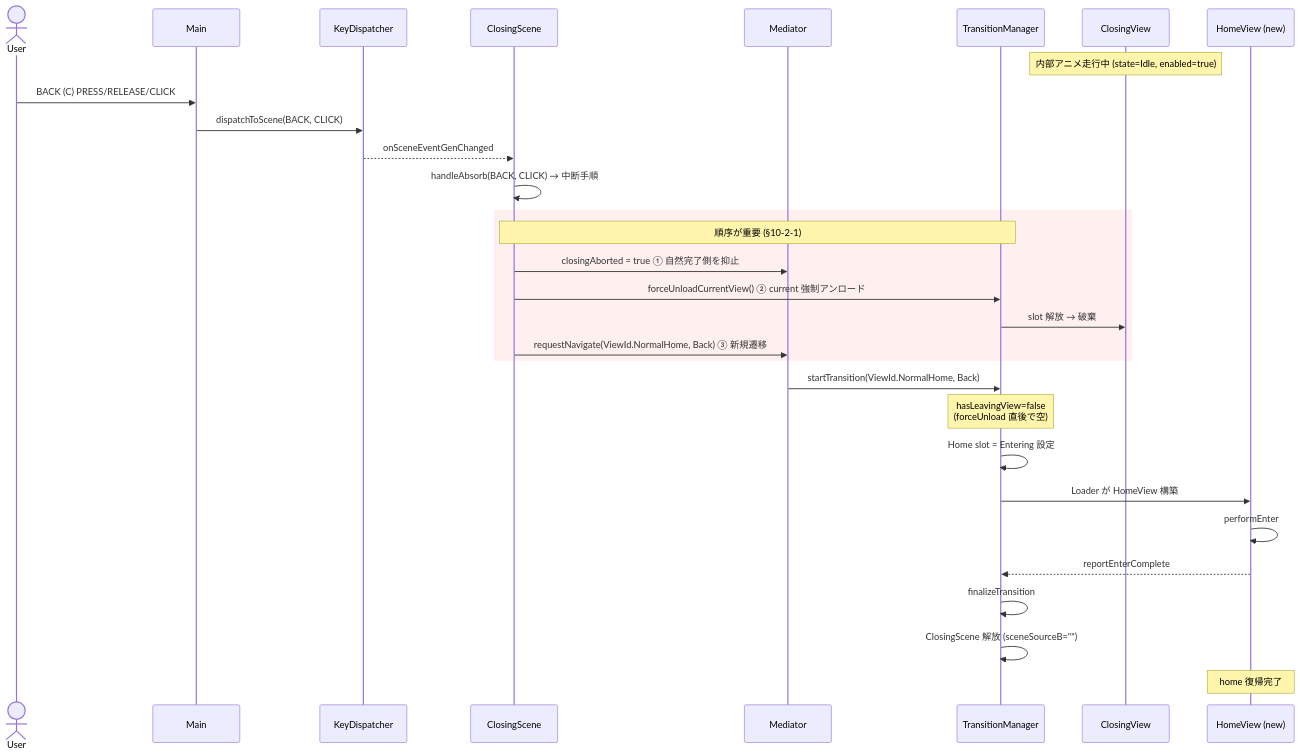
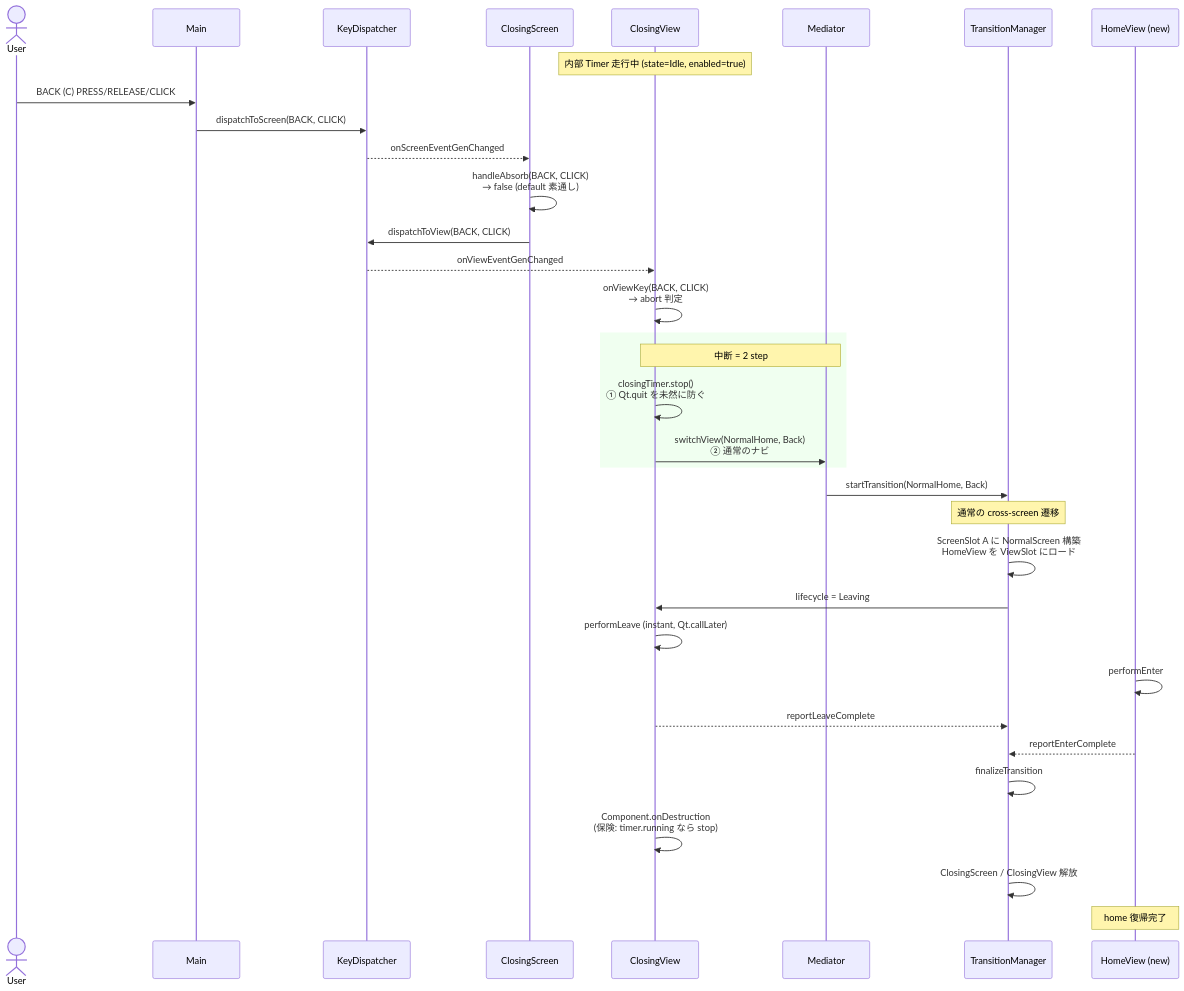
One commit to yuya-kadono/qul-loader-navigation-poc changed the seventh of 11 diagrams in docs/flows.md. Above: the diagram before and after it, drawn with Mermaid. The commit also changed other lines of this file and 40 other files, not shown here.

````diff
--- a/docs/flows.md
+++ b/docs/flows.md
@@ -227,35 +230,39 @@
 ```mermaid
 sequenceDiagram
     actor User
     participant Main
     participant KD as KeyDispatcher
-    participant CS as ClosingScene
+    participant CS as ClosingScreen
+    participant CV as ClosingView
     participant Med as Mediator
     participant TM as TransitionManager
-    participant CV as ClosingView
     participant Home as HomeView (new)
 
-    Note over CV: 内部アニメ走行中 (state=Idle, enabled=true)
+    Note over CV: 内部 Timer 走行中 (state=Idle, enabled=true)
     User->>Main: BACK (C) PRESS/RELEASE/CLICK
-    Main->>KD: dispatchToScene(BACK, CLICK)
-    KD-->>CS: onSceneEventGenChanged
-    CS->>CS: handleAbsorb(BACK, CLICK) → 中断手順
+    Main->>KD: dispatchToScreen(BACK, CLICK)
+    KD-->>CS: onScreenEventGenChanged
+    CS->>CS: handleAbsorb(BACK, CLICK)<br>→ false (default 素通し)
+    CS->>KD: dispatchToView(BACK, CLICK)
+    KD-->>CV: onViewEventGenChanged
+    CV->>CV: onViewKey(BACK, CLICK)<br>→ abort 判定
 
-    rect rgb(255, 240, 240)
-    Note over CS,TM: 順序が重要 (§10-2-1)
-    CS->>Med: closingAborted = true ① 自然完了側を抑止
-    CS->>TM: forceUnloadCurrentView() ② current 強制アンロード
-    TM->>CV: slot 解放 → 破棄
-    CS->>Med: requestNavigate(ViewId.NormalHome, Back) ③ 新規遷移
+    rect rgb(240, 255, 240)
+    Note over CV,Med: 中断 = 2 step
+    CV->>CV: closingTimer.stop()<br>① Qt.quit を未然に防ぐ
+    CV->>Med: switchView(NormalHome, Back)<br>② 通常のナビ
     end
 
-    Med->>TM: startTransition(ViewId.NormalHome, Back)
-    Note over TM: hasLeavingView=false<br>(forceUnload 直後で空)
-    TM->>TM: Home slot = Entering 設定
-    TM->>Home: Loader が HomeView 構築
+    Med->>TM: startTransition(NormalHome, Back)
+    Note over TM: 通常の cross-screen 遷移
+    TM->>TM: ScreenSlot A に NormalScreen 構築<br>HomeView を ViewSlot にロード
+    TM->>CV: lifecycle = Leaving
+    CV->>CV: performLeave (instant, Qt.callLater)
     Home->>Home: performEnter
+    CV-->>TM: reportLeaveComplete
     Home-->>TM: reportEnterComplete
     TM->>TM: finalizeTransition
-    TM->>TM: ClosingScene 解放 (sceneSourceB="")
+    CV->>CV: Component.onDestruction<br>(保険: timer.running なら stop)
+    TM->>TM: ClosingScreen / ClosingView 解放
     Note over Home: home 復帰完了
 ```
````
